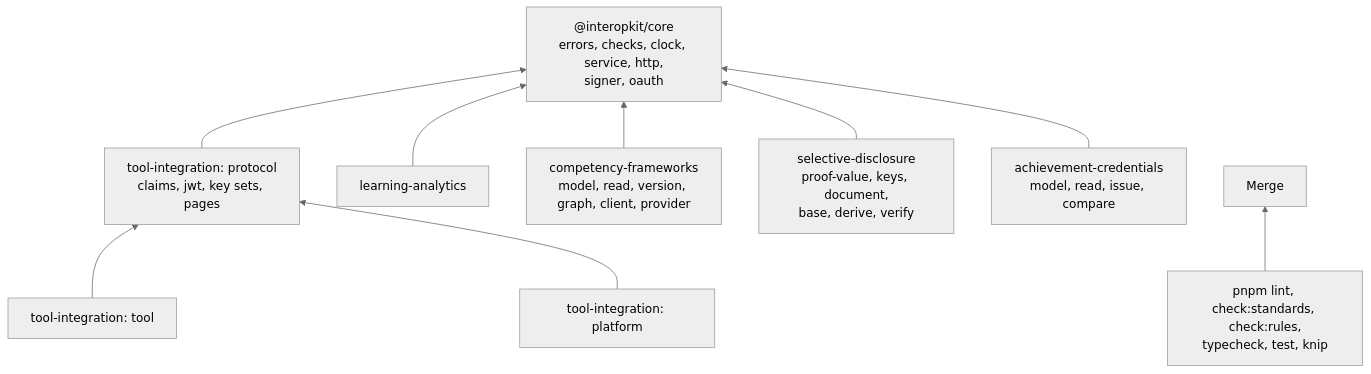
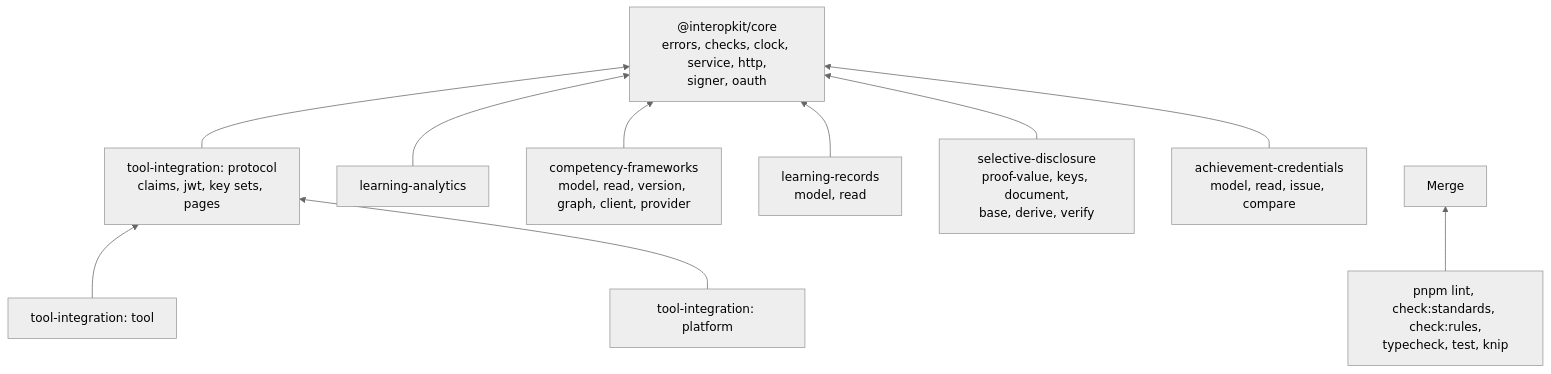
The diagram in AGENTS.md (interopkit/interopkit), drawn with Mermaid (neutral theme) before and after one commit. The commit also changed other lines of this file and 82 other files, not shown here.

First line of the commit message:
Add learning-records: the xAPI 2.0 model, the readers for an LRS and a provider, and the text of a request

````diff
--- a/AGENTS.md
+++ b/AGENTS.md
@@ -14,19 +15,21 @@
 ```mermaid
 flowchart BT
   core["@interopkit/core<br/>errors, checks, clock, service, http,<br/>signer, oauth"]
   proto["tool-integration: protocol<br/>claims, jwt, key sets, pages"]
   tool["tool-integration: tool"]
   plat["tool-integration: platform"]
   la["learning-analytics"]
   cf["competency-frameworks<br/>model, read, version, graph, client, provider"]
+  lr["learning-records<br/>model, read"]
   sd["selective-disclosure<br/>proof-value, keys, document,<br/>base, derive, verify"]
   ac["achievement-credentials<br/>model, read, issue, compare"]
   proto --> core
   tool --> proto
   plat --> proto
   la --> core
   cf --> core
+  lr --> core
   sd --> core
   ac --> core
   gates["pnpm lint, check:standards, check:rules,<br/>typecheck, test, knip"] --> merge["Merge"]
 ```
````
